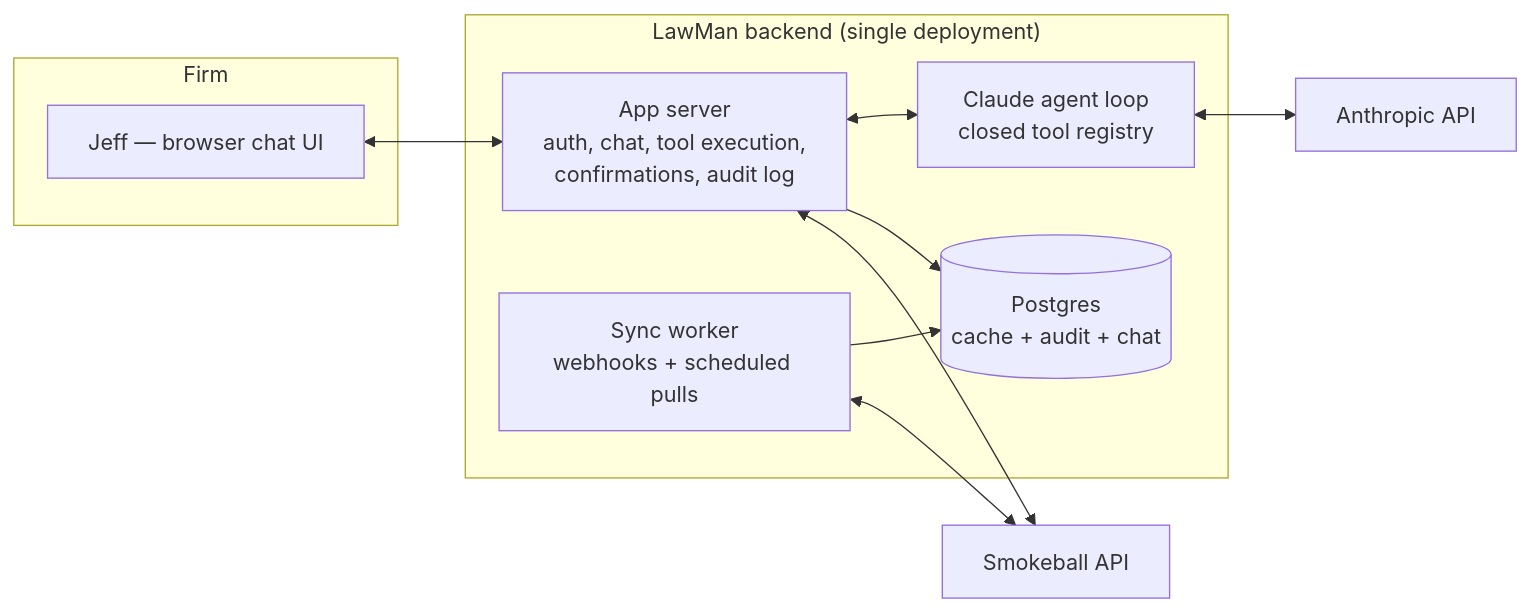
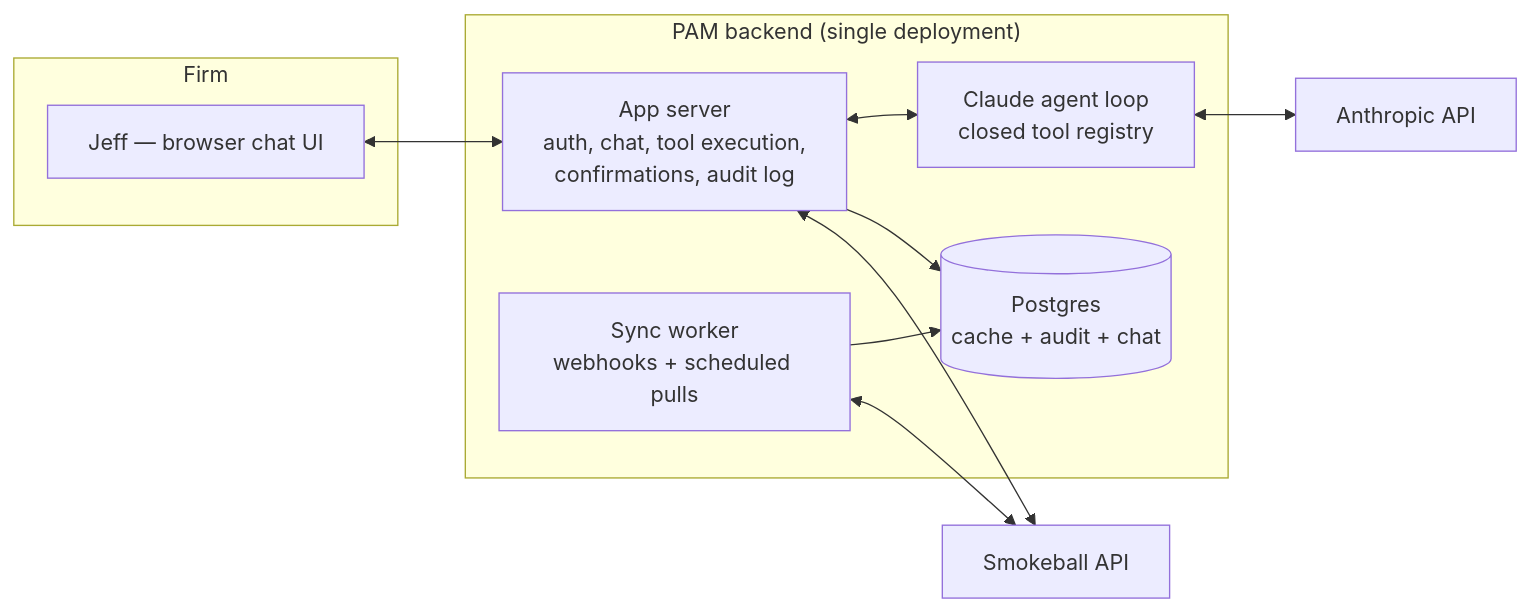
One commit to millmz/pmlaw changed the diagram in docs/01-build-plan.md. Above: the diagram before and after it, drawn with Mermaid. The commit also changed other lines of this file and 5 other files, not shown here.

First line of the commit message:
Rename LawMan to PAM throughout planning docs

````diff
--- a/docs/01-build-plan.md
+++ b/docs/01-build-plan.md
@@ -5,22 +5,22 @@
 ```mermaid
 flowchart LR
     subgraph Firm
         U[Jeff — browser chat UI]
     end
-    subgraph "LawMan backend (single deployment)"
+    subgraph "PAM backend (single deployment)"
         API[App server<br/>auth, chat, tool execution,<br/>confirmations, audit log]
         AG[Claude agent loop<br/>closed tool registry]
         SY[Sync worker<br/>webhooks + scheduled pulls]
         DB[(Postgres<br/>cache + audit + chat)]
     end
     SB[Smokeball API]
     AN[Anthropic API]
 
     U <--> API
     API <--> AG
     AG <--> AN
     API --> DB
     SY --> DB
     SY <--> SB
     API <--> SB
 ```
````
